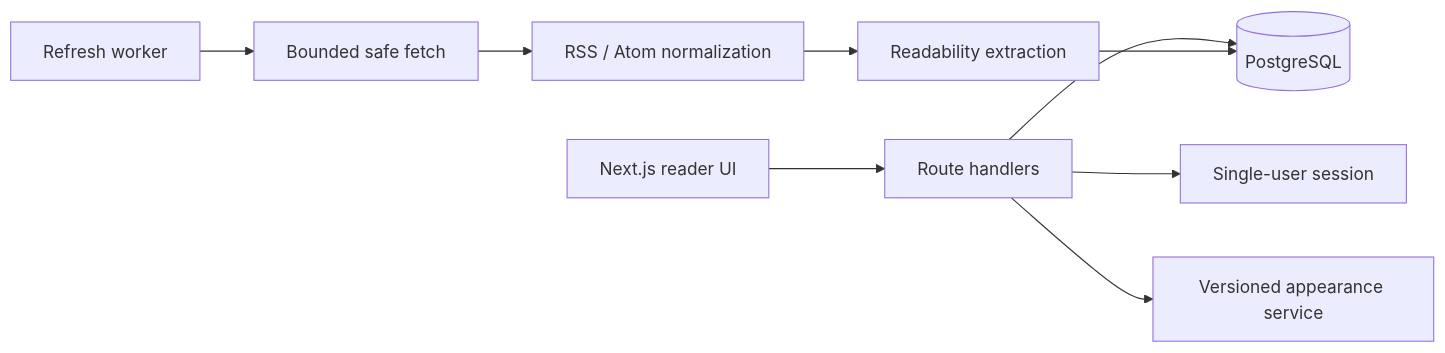
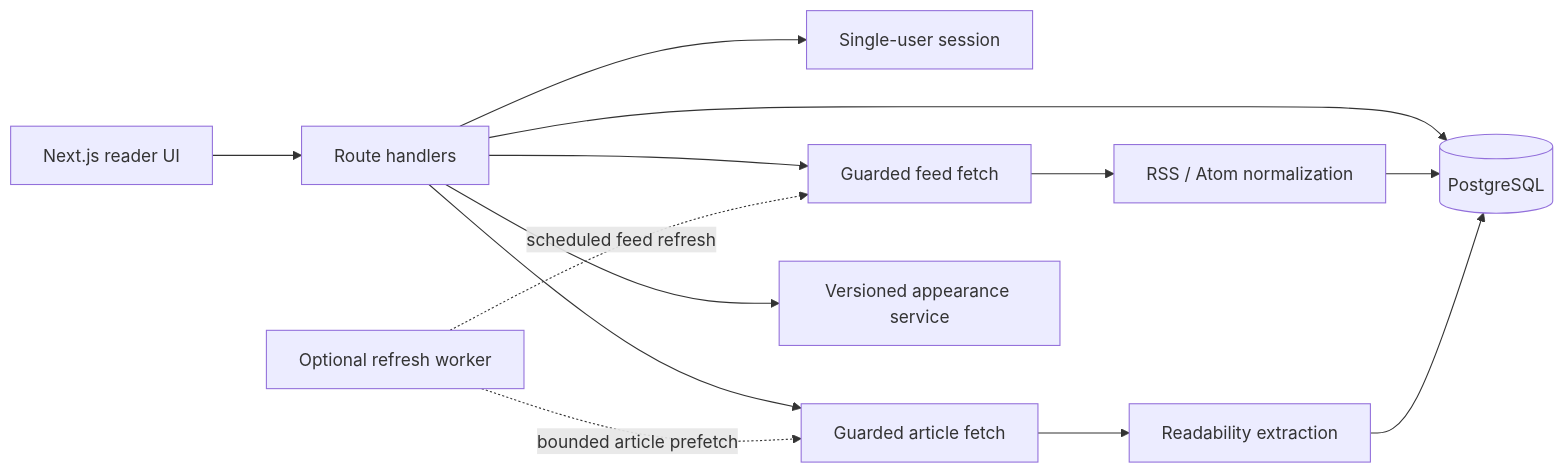
The diagram in docs/architecture.md (DTSFO/fulltext-rss-reader), drawn with Mermaid before and after one commit. The commit also changed other lines of this file and 3 other files, not shown here.

````diff
--- a/docs/architecture.md
+++ b/docs/architecture.md
@@ -3,11 +3,15 @@
 ```mermaid
 flowchart LR
     Browser[Next.js reader UI] --> API[Route handlers]
     API --> Auth[Single-user session]
     API --> DB[(PostgreSQL)]
-    Worker[Refresh worker] --> Fetch[Bounded safe fetch]
-    Fetch --> Parse[RSS / Atom normalization]
-    Parse --> Extract[Readability extraction]
+    API --> FeedFetch[Guarded feed fetch]
+    FeedFetch --> Parse[RSS / Atom normalization]
+    Parse --> DB
+    API --> ArticleFetch[Guarded article fetch]
+    ArticleFetch --> Extract[Readability extraction]
     Extract --> DB
+    Worker[Optional refresh worker] -. scheduled feed refresh .-> FeedFetch
+    Worker -. bounded article prefetch .-> ArticleFetch
     API --> Theme[Versioned appearance service]
 ```
````
